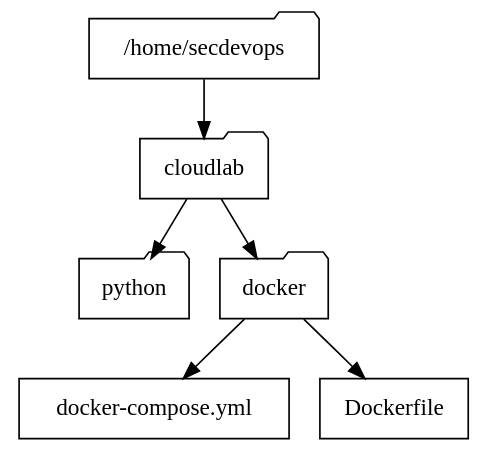
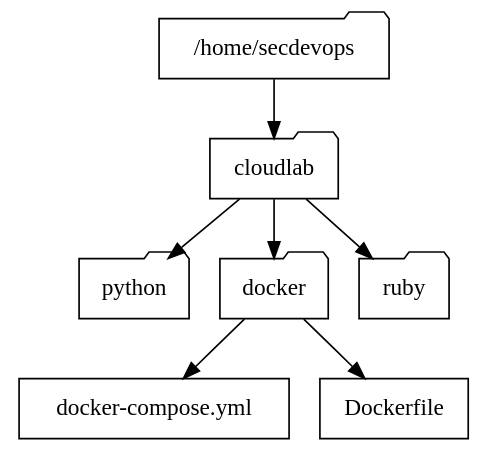
The diagram in docs/_source/docker.rst (ajcborges/devsecops-tactical-workbook), drawn with Graphviz before and after one commit. The commit also changed 11 other files, not shown here.

```diff
--- a/docs/_source/docker.rst
+++ b/docs/_source/docker.rst
@@ -92,17 +92,19 @@
 .. graphviz::
    :caption: Project Directory
    :align: center
 
    digraph folders {
       "/home/secdevops" [shape=folder];
       "cloudlab" [shape=folder];
       "python" [shape=folder];
       "docker" [shape=folder];
+      "ruby" [shape=folder];
       "docker-compose.yml" [shape=rect];
       "Dockerfile" [shape=rect];
       "/home/secdevops" -> "cloudlab";
       "cloudlab" -> "python";
+      "cloudlab" -> "ruby";
       "cloudlab" -> "docker";
       "docker" -> "Dockerfile";
       "docker" -> "docker-compose.yml";
    }
```
